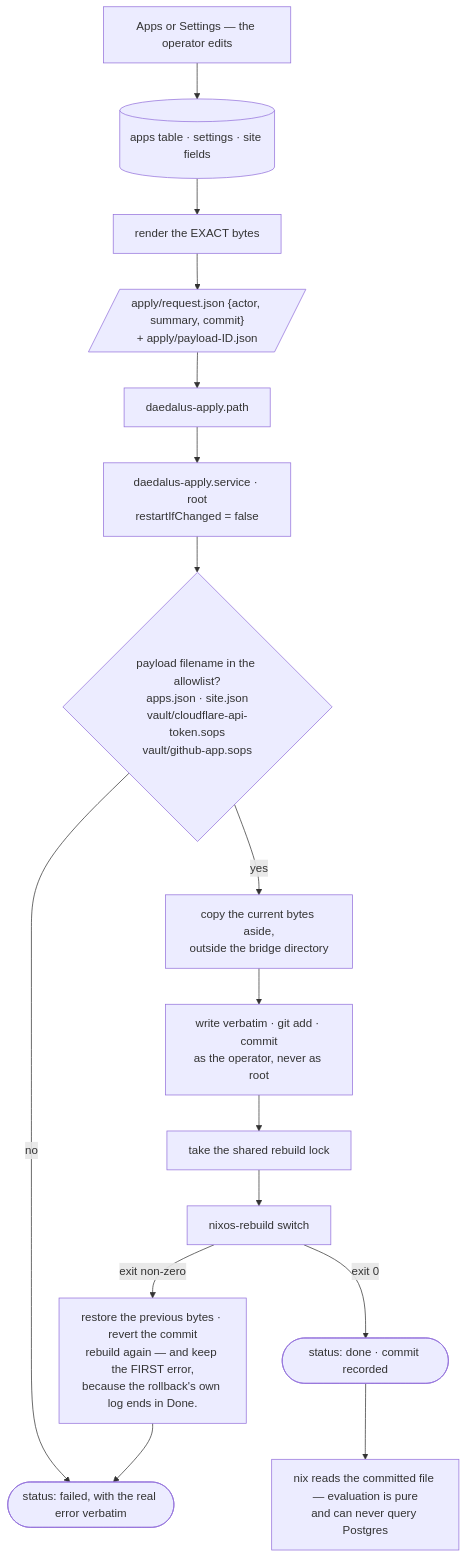
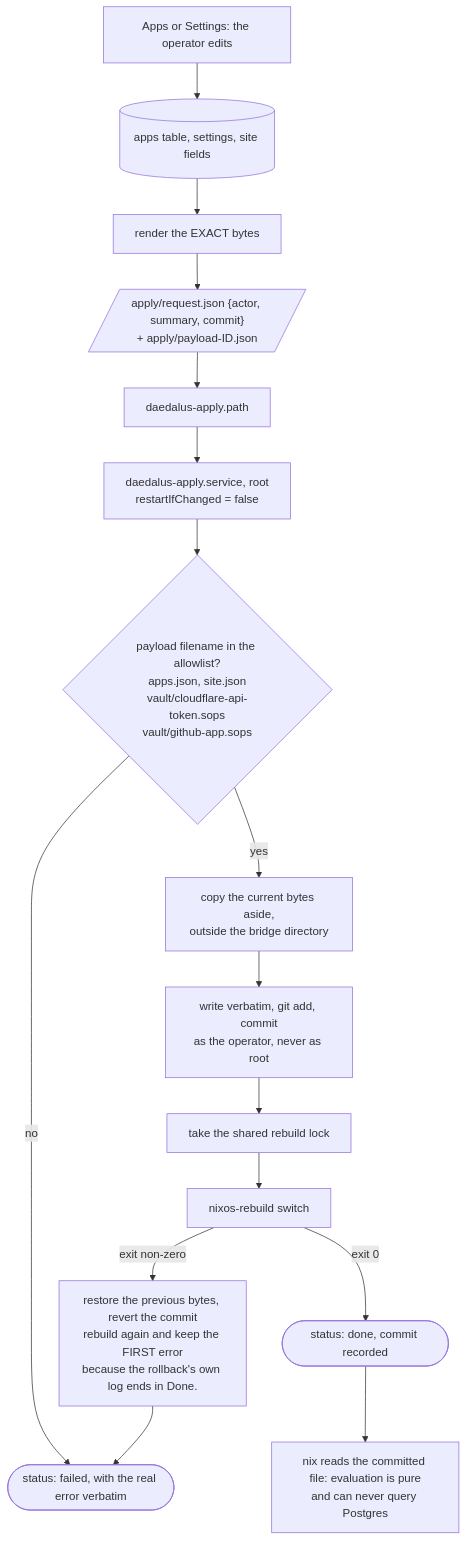
One commit to santiagotoscanini/daedalus changed the third of 5 diagrams in ARCHITECTURE.md. Above: the diagram before and after it, drawn with Mermaid. The commit also changed other lines of this file and 1 other file, not shown here.

First line of the commit message:
docs: fix Mermaid diagrams that fail on GitHub's renderer

````diff
--- a/ARCHITECTURE.md
+++ b/ARCHITECTURE.md
@@ -171,25 +171,25 @@
 ```mermaid
 flowchart TB
-  UI["Apps or Settings — the operator edits"]
-  DBT[("apps table · settings · site fields")]
+  UI["Apps or Settings: the operator edits"]
+  DBT[("apps table, settings, site fields")]
   Render["render the EXACT bytes"]
   Req[/"apply/request.json {actor, summary, commit}<br/>+ apply/payload-ID.json"/]
   PathU["daedalus-apply.path"]
-  Sh["daedalus-apply.service · root<br/>restartIfChanged = false"]
-  Allow{"payload filename in the allowlist?<br/>apps.json · site.json<br/>vault/cloudflare-api-token.sops<br/>vault/github-app.sops"}
+  Sh["daedalus-apply.service, root<br/>restartIfChanged = false"]
+  Allow{"payload filename in the allowlist?<br/>apps.json, site.json<br/>vault/cloudflare-api-token.sops<br/>vault/github-app.sops"}
   Prev["copy the current bytes aside,<br/>outside the bridge directory"]
-  Git["write verbatim · git add · commit<br/>as the operator, never as root"]
+  Git["write verbatim, git add, commit<br/>as the operator, never as root"]
   Lock["take the shared rebuild lock"]
   Sw["nixos-rebuild switch"]
-  Ok(["status: done · commit recorded"])
-  Roll["restore the previous bytes · revert the commit<br/>rebuild again — and keep the FIRST error,<br/>because the rollback's own log ends in Done."]
+  Ok(["status: done, commit recorded"])
+  Roll["restore the previous bytes, revert the commit<br/>rebuild again and keep the FIRST error<br/>because the rollback's own log ends in Done."]
   Bad(["status: failed, with the real error verbatim"])
-  NixRead["nix reads the committed file — evaluation is pure<br/>and can never query Postgres"]
+  NixRead["nix reads the committed file: evaluation is pure<br/>and can never query Postgres"]
 
   UI --> DBT --> Render --> Req --> PathU --> Sh --> Allow
   Allow -- no --> Bad
   Allow -- yes --> Prev --> Git --> Lock --> Sw
   Sw -- "exit 0" --> Ok
   Sw -- "exit non-zero" --> Roll --> Bad
   Ok --> NixRead
 ```
````
